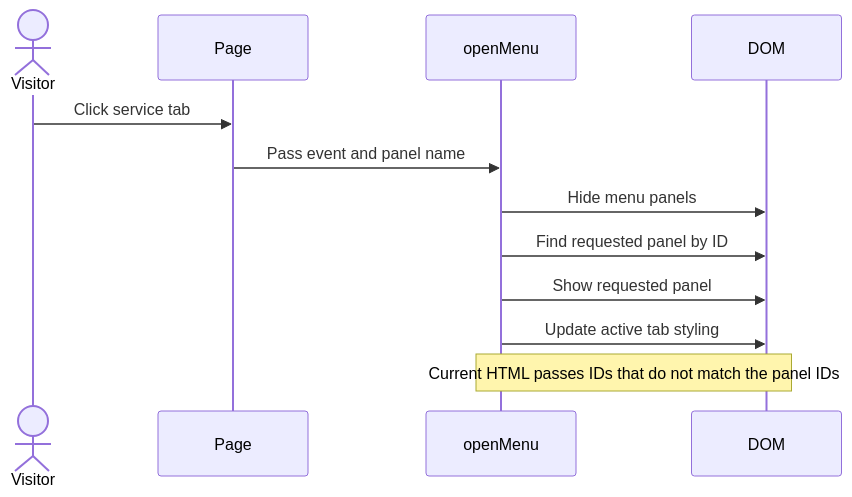
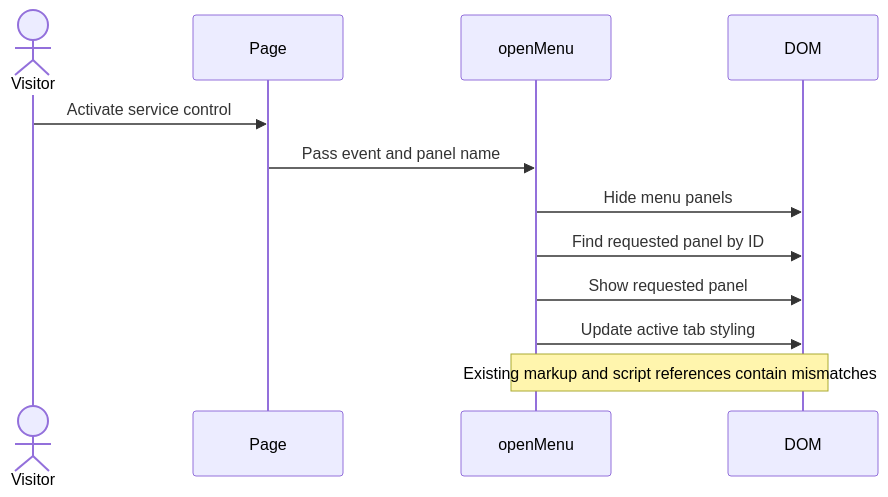
Before and after one commit to Brajesh31/Bifoga: the second of 4 diagrams in docs/workflow.md, drawn with Mermaid. The commit also changed other lines of this file, not shown here.

````diff
--- a/docs/workflow.md
+++ b/docs/workflow.md
@@ -35,14 +35,14 @@
 ```mermaid
 sequenceDiagram
     actor Visitor
     participant Page
     participant Helper as openMenu
     participant DOM
-    Visitor->>Page: Click service tab
+    Visitor->>Page: Activate service control
     Page->>Helper: Pass event and panel name
     Helper->>DOM: Hide menu panels
     Helper->>DOM: Find requested panel by ID
     Helper->>DOM: Show requested panel
     Helper->>DOM: Update active tab styling
-    Note over Helper,DOM: Current HTML passes IDs that do not match the panel IDs
+    Note over Helper,DOM: Existing markup and script references contain mismatches
 ```
````
